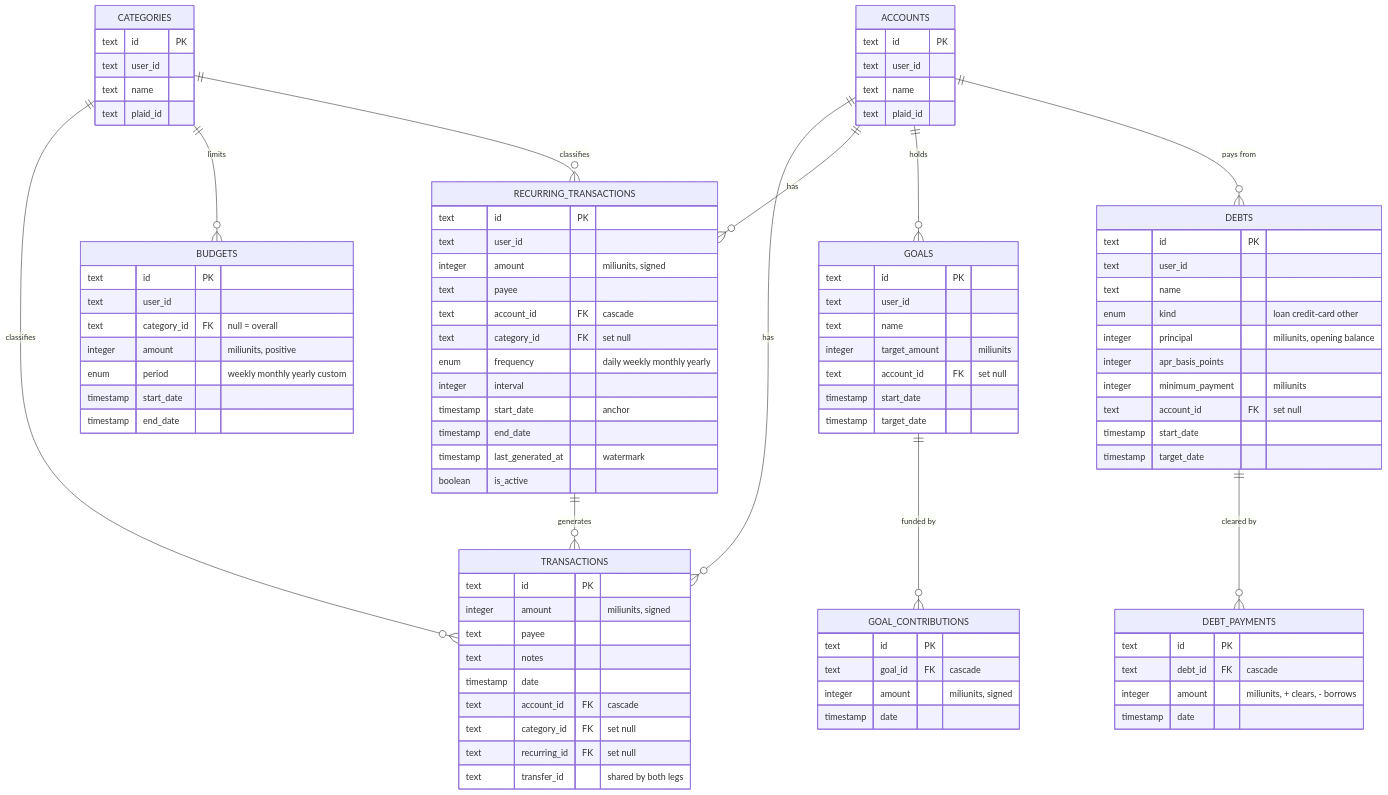
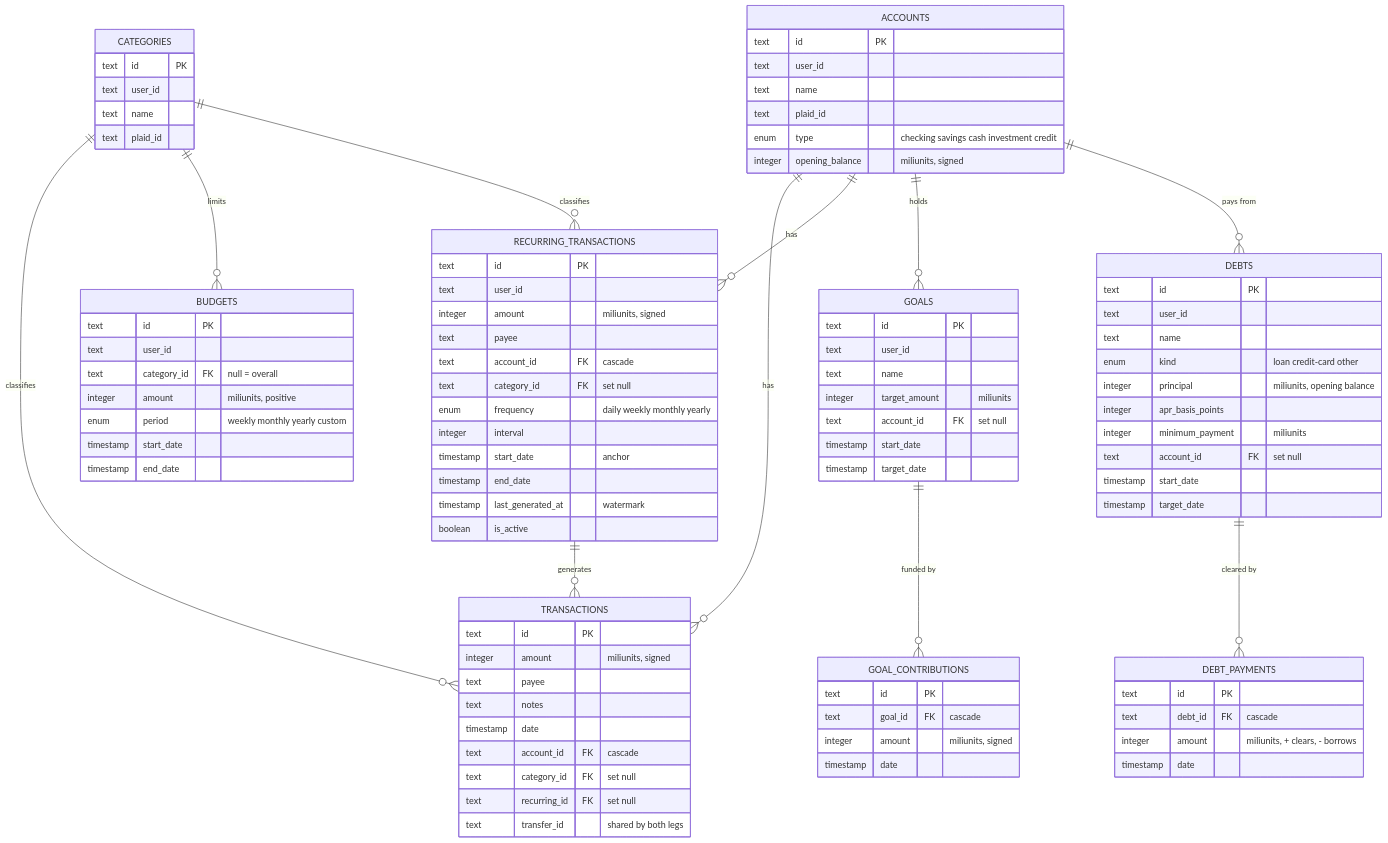
The second of 4 diagrams in README.md (rizonkumar/Finance-SaaS-Platform), drawn with Mermaid before and after one commit. The commit also changed other lines of this file and 39 other files, not shown here.

```diff
--- a/README.md
+++ b/README.md
@@ -104,6 +105,8 @@
         text user_id
         text name
         text plaid_id
+        enum type "checking savings cash investment credit"
+        integer opening_balance "miliunits, signed"
     }
     CATEGORIES {
         text id PK
```
